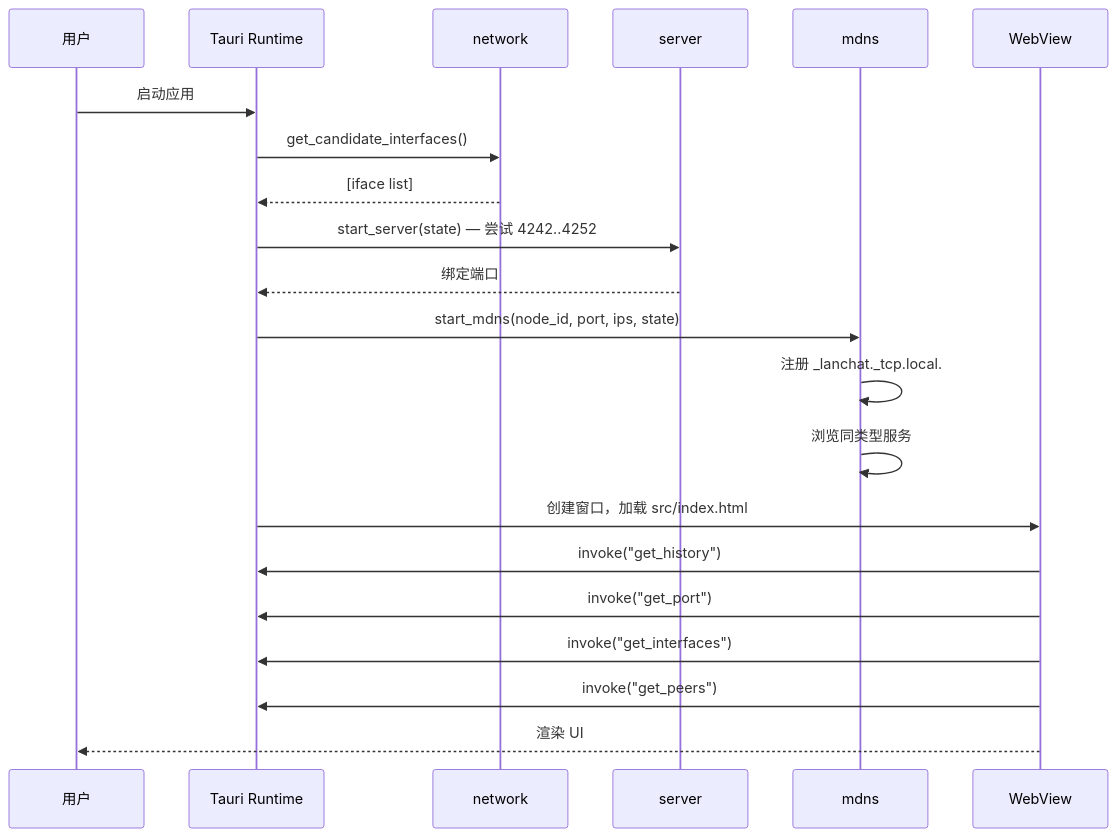
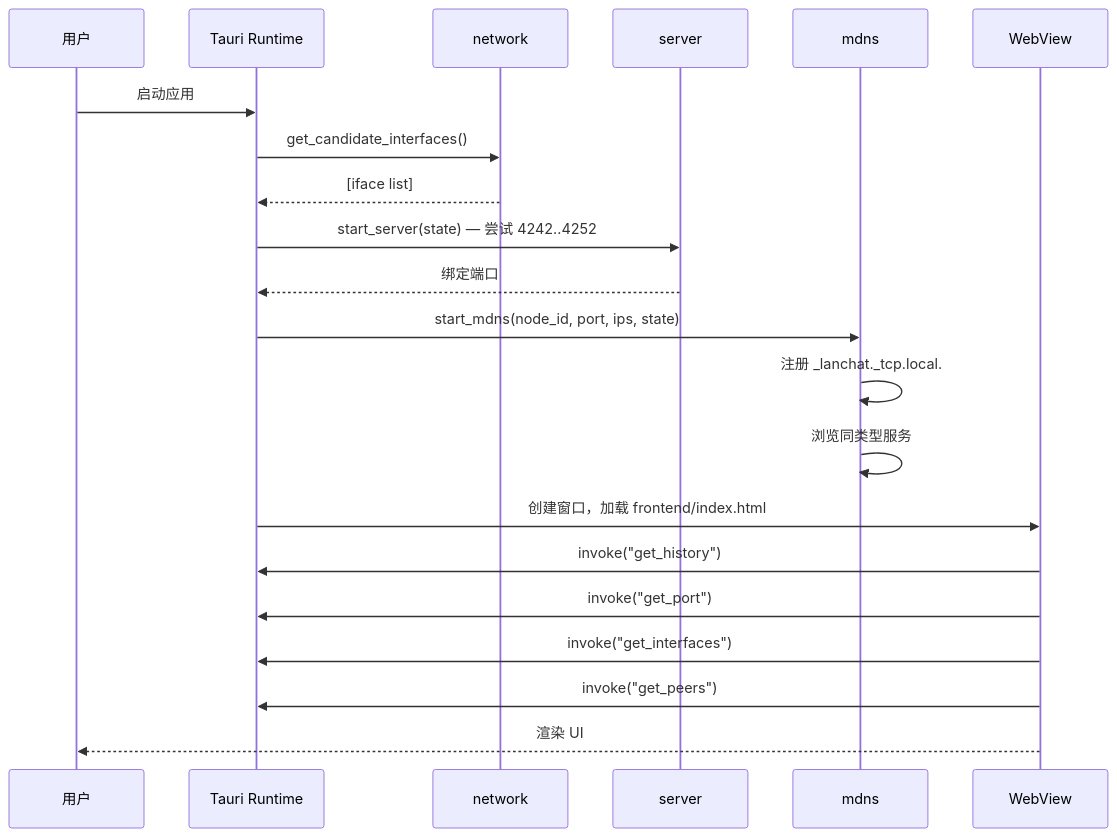
Before and after one commit to EarthTan/lan-chat: the first of 3 diagrams in docs/ARCHITECTURE.md, drawn with Mermaid. The commit also changed other lines of this file and 3 other files, not shown here.

First line of the commit message:
refactor: rename src/ to frontend/, fix Tauri identifier

````diff
--- a/docs/ARCHITECTURE.md
+++ b/docs/ARCHITECTURE.md
@@ -29,24 +29,24 @@
 ```mermaid
 sequenceDiagram
     participant U as 用户
     participant T as Tauri Runtime
     participant N as network
     participant S as server
     participant M as mdns
     participant W as WebView
 
     U->>T: 启动应用
     T->>N: get_candidate_interfaces()
     N-->>T: [iface list]
     T->>S: start_server(state) — 尝试 4242..4252
     S-->>T: 绑定端口
     T->>M: start_mdns(node_id, port, ips, state)
     M->>M: 注册 _lanchat._tcp.local.
     M->>M: 浏览同类型服务
-    T->>W: 创建窗口，加载 src/index.html
+    T->>W: 创建窗口，加载 frontend/index.html
     W->>T: invoke("get_history")
     W->>T: invoke("get_port")
     W->>T: invoke("get_interfaces")
     W->>T: invoke("get_peers")
     W-->>U: 渲染 UI
 ```
````
